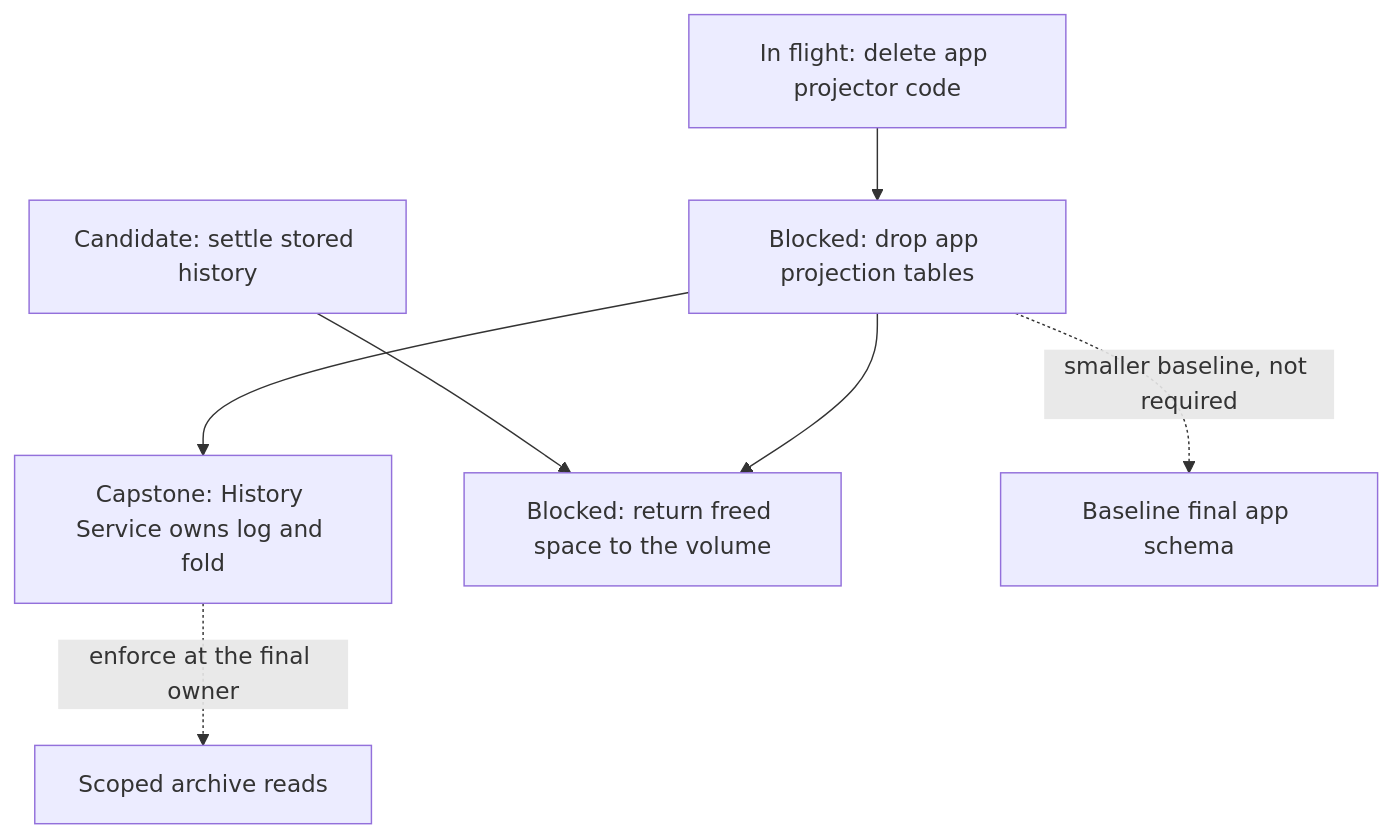
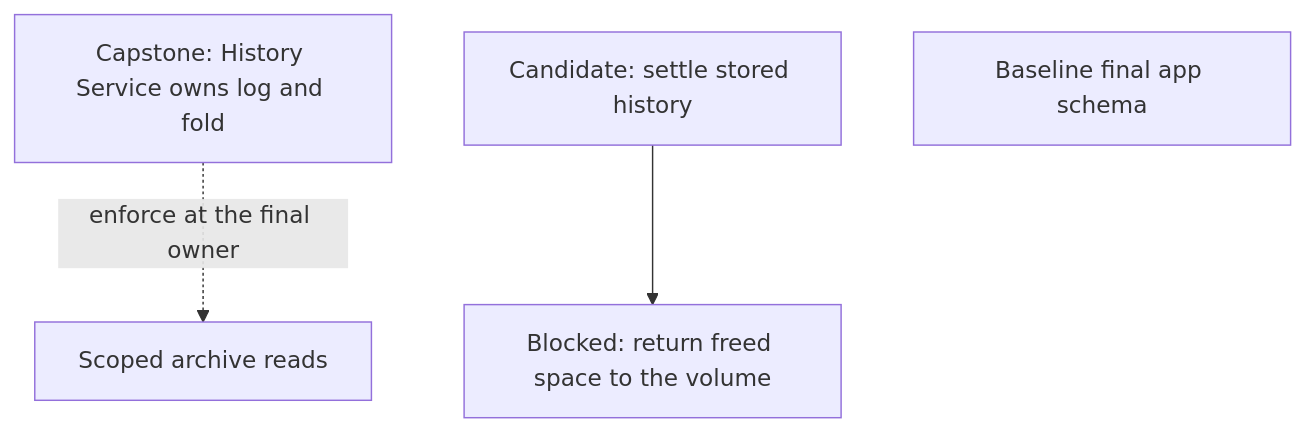
The eighth of 13 diagrams in agentplane/plans/task_dag.md (agentydragon-agent/ducktape), drawn with Mermaid before and after one commit. The commit also changed other lines of this file and 117 other files, not shown here.

````diff
--- a/agentplane/plans/task_dag.md
+++ b/agentplane/plans/task_dag.md
@@ -572,16 +572,10 @@
 ```mermaid
 flowchart TD
-    APP_PROJECTOR_RETIRE[In flight: delete app projector code]
-    APP_PROJECTION_RETIRE[Blocked: drop app projection tables]
     HISTORY_SERVICE_OWNERSHIP[Capstone: History Service owns log and fold]
     SESSION_EVENT_COMPACTION[Candidate: settle stored history]
     HISTORY_REPACK[Blocked: return freed space to the volume]
     APP_ALEMBIC_SQUASH[Baseline final app schema]
     THREAD_READ_POLICY[Scoped archive reads]
-    APP_PROJECTOR_RETIRE --> APP_PROJECTION_RETIRE
-    APP_PROJECTION_RETIRE --> HISTORY_SERVICE_OWNERSHIP
     SESSION_EVENT_COMPACTION --> HISTORY_REPACK
-    APP_PROJECTION_RETIRE --> HISTORY_REPACK
-    APP_PROJECTION_RETIRE -. smaller baseline, not required .-> APP_ALEMBIC_SQUASH
     HISTORY_SERVICE_OWNERSHIP -. enforce at the final owner .-> THREAD_READ_POLICY
 ```
````
